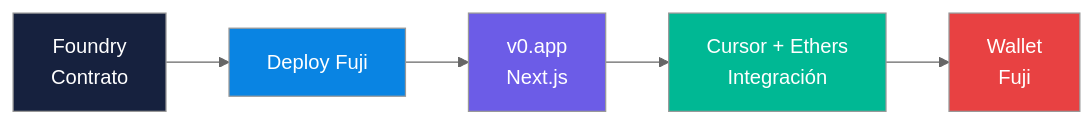
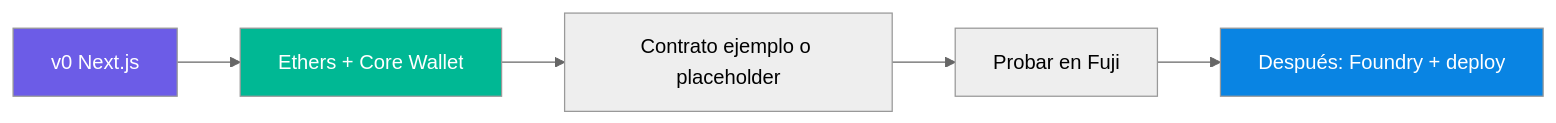
Before and after one commit to MarxMad/Avax-Guide: the first of 7 diagrams in semana-3/01-frontend-indexacion.md, drawn with Mermaid (neutral theme). The commit also changed other lines of this file, not shown here.

First line of the commit message:
Semana 3: frontend primero, Core Wallet como provider, deploy a Vercel (URL público)

````diff
--- a/semana-3/01-frontend-indexacion.md
+++ b/semana-3/01-frontend-indexacion.md
@@ -81,12 +80,10 @@
 ```mermaid
 flowchart LR
-    A[Foundry<br/>Contrato] --> B[Deploy Fuji]
-    B --> C[v0.app<br/>Next.js]
-    C --> D[Cursor + Ethers<br/>Integración]
-    D --> E[Wallet<br/>Fuji]
-    style A fill:#16213e,color:#fff
-    style B fill:#0984e3,color:#fff
-    style C fill:#6c5ce7,color:#fff
-    style D fill:#00b894,color:#fff
-    style E fill:#e84142,color:#fff
+    A[v0 Next.js] --> B[Ethers + Core Wallet]
+    B --> C[Contrato ejemplo o placeholder]
+    C --> D[Probar en Fuji]
+    D --> E[Después: Foundry + deploy]
+    style A fill:#6c5ce7,color:#fff
+    style B fill:#00b894,color:#fff
+    style E fill:#0984e3,color:#fff
 ```
````
